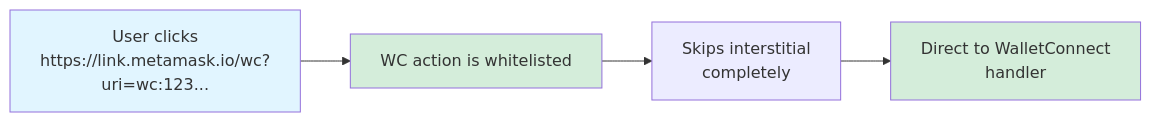
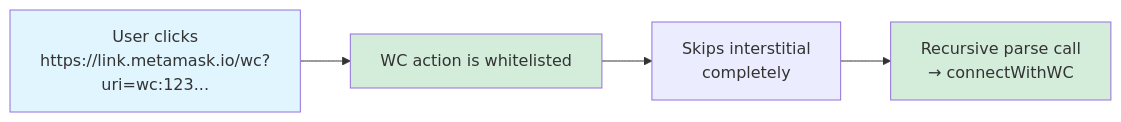
Before and after one commit to MetaMask/metamask-mobile: the eighth of 13 diagrams in docs/readme/deeplinking-graphs.md, drawn with Mermaid. The commit also changed other lines of this file and 3 other files, not shown here.

````diff
--- a/docs/readme/deeplinking-graphs.md
+++ b/docs/readme/deeplinking-graphs.md
@@ -204,10 +236,10 @@
 ```mermaid
 flowchart LR
     Click[User clicks<br/>https://link.metamask.io/wc?<br/>uri=wc:123...] --> Whitelist[WC action is whitelisted]
     Whitelist --> Skip[Skips interstitial<br/>completely]
-    Skip --> WC[Direct to WalletConnect<br/>handler]
+    Skip --> WC[Recursive parse call<br/>→ connectWithWC]
 
     style Click fill:#e1f5ff
     style Whitelist fill:#d4edda
     style WC fill:#d4edda
 ```
````
